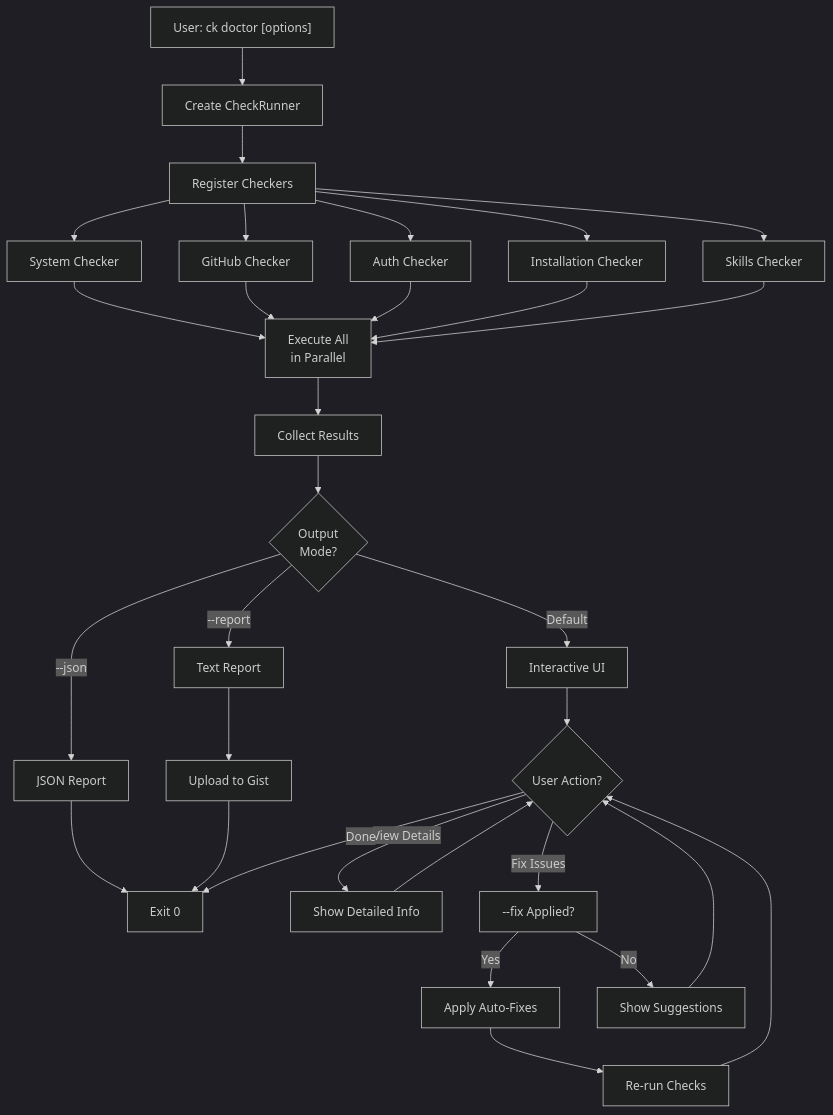
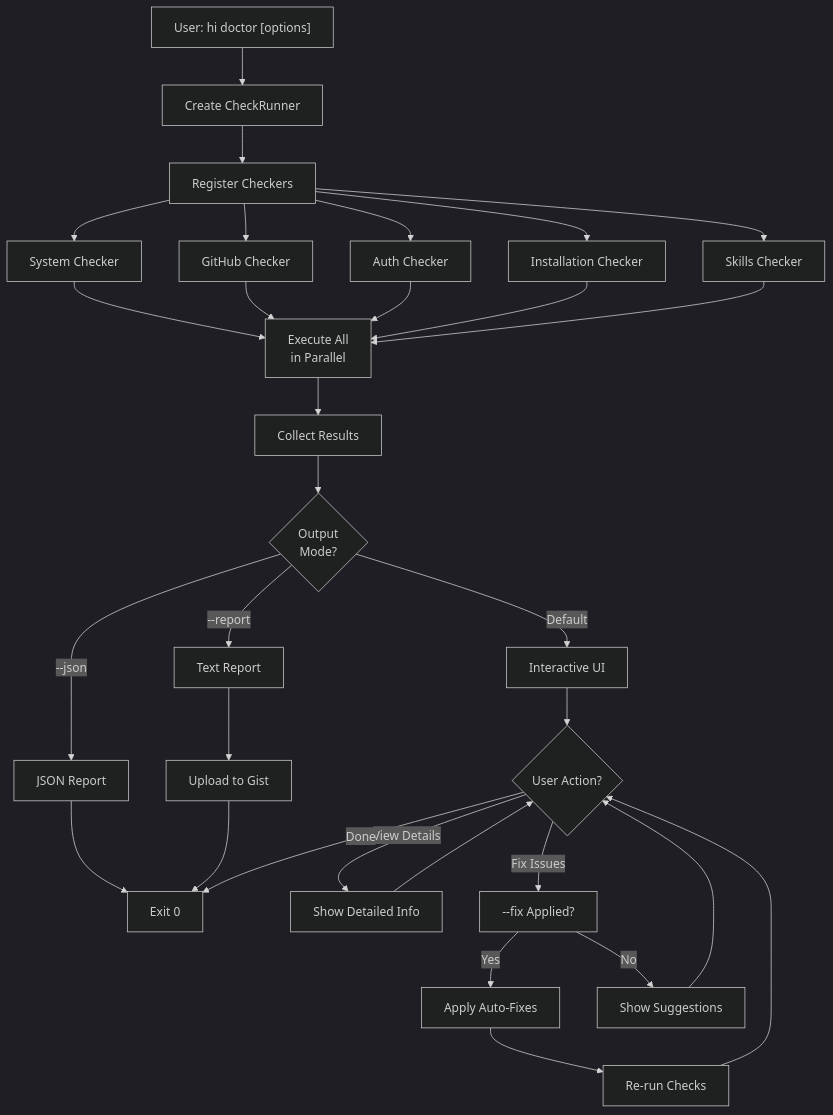
One commit to kaeljune/hilab-cli changed the fourth of 12 diagrams in docs/hi-command-flow-guide.md. Above: the diagram before and after it, drawn with Mermaid (dark theme). The commit also changed other lines of this file and 38 other files, not shown here.

````diff
--- a/docs/hi-command-flow-guide.md
+++ b/docs/hi-command-flow-guide.md
@@ -160,33 +160,33 @@
 ```mermaid
 flowchart TD
-    A["User: ck doctor [options]"] --> B["Create CheckRunner"]
+    A["User: hi doctor [options]"] --> B["Create CheckRunner"]
     B --> C["Register Checkers"]
     C --> D["System Checker"]
     C --> E["GitHub Checker"]
     C --> F["Auth Checker"]
     C --> G["Installation Checker"]
     C --> H["Skills Checker"]
     D --> I["Execute All<br/>in Parallel"]
     E --> I
     F --> I
     G --> I
     H --> I
     I --> J["Collect Results"]
     J --> K{"Output<br/>Mode?"}
     K -->|--json| L["JSON Report"]
     K -->|--report| M["Text Report"]
     K -->|Default| N["Interactive UI"]
     L --> O["Exit 0"]
     M --> P["Upload to Gist"]
     P --> O
     N --> Q{"User Action?"}
     Q -->|View Details| R["Show Detailed Info"]
     Q -->|Fix Issues| S["--fix Applied?"]
     R --> Q
     S -->|Yes| T["Apply Auto-Fixes"]
     S -->|No| U["Show Suggestions"]
     T --> V["Re-run Checks"]
     U --> Q
     V --> Q
     Q -->|Done| O
 ```
````
